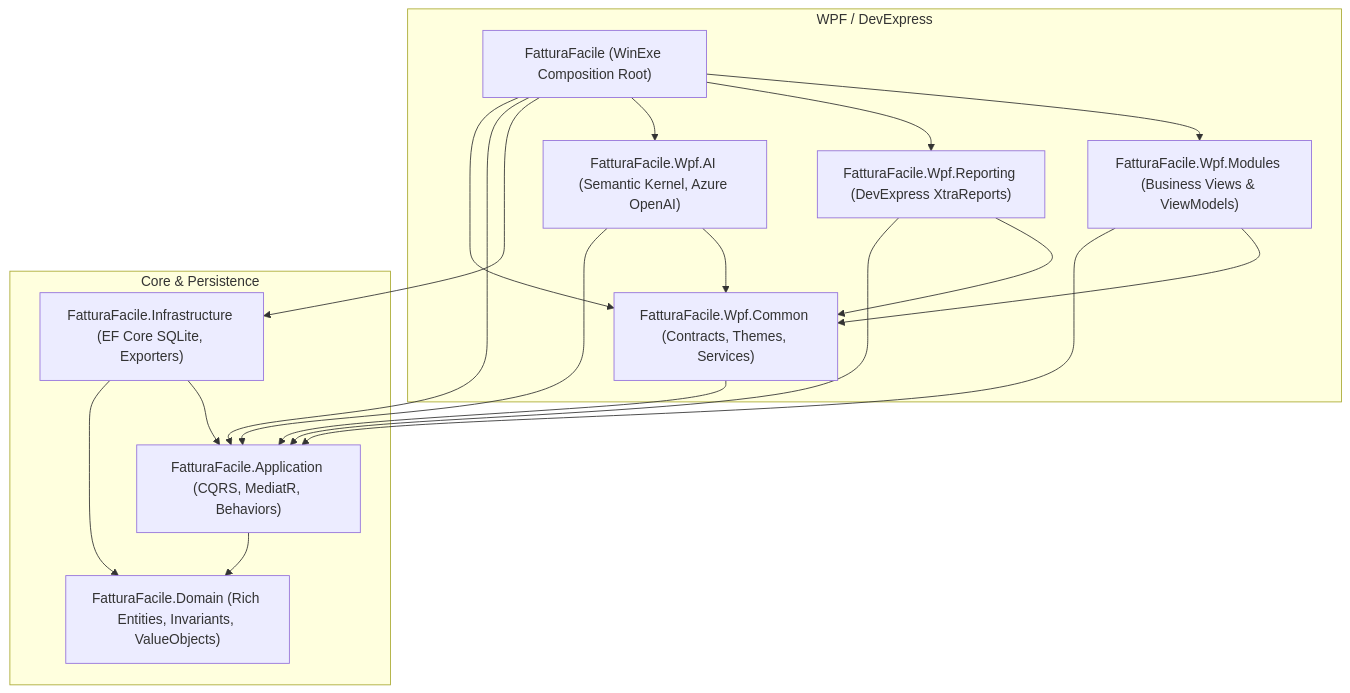
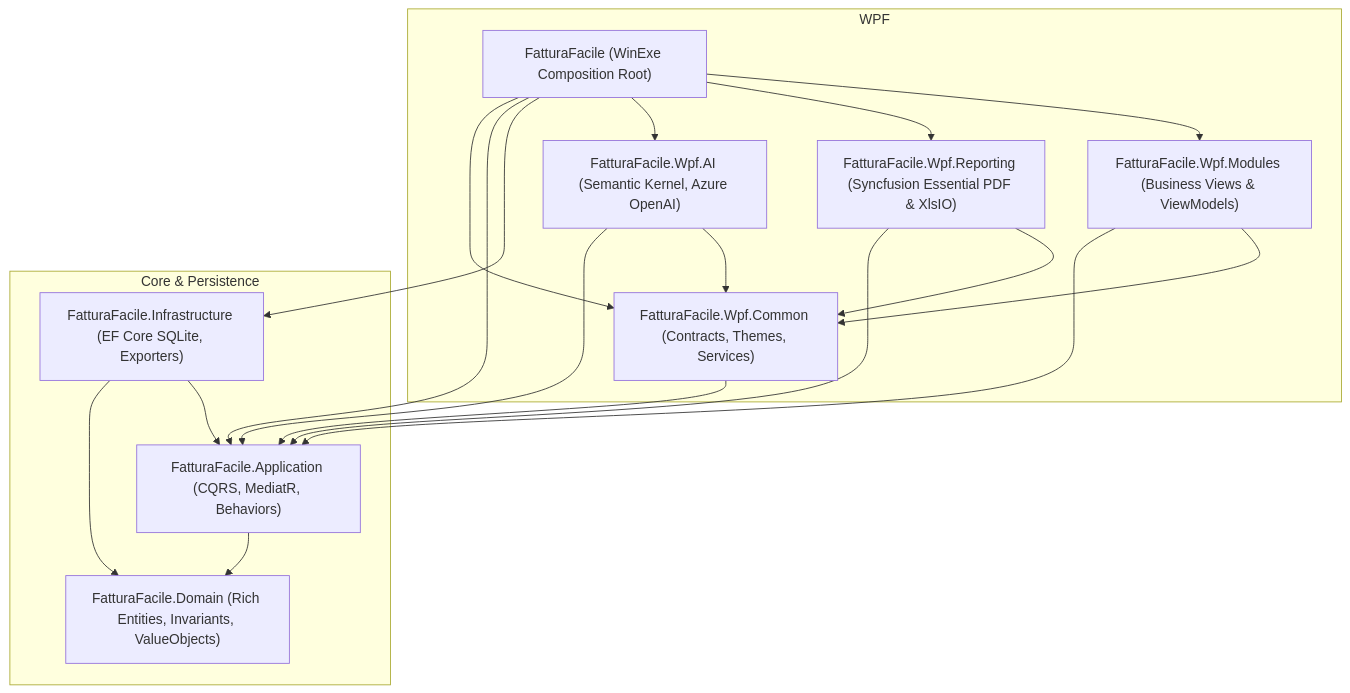
One commit to FatturaFacile/desktop changed the diagram in README.md. Above: the diagram before and after it, drawn with Mermaid. The commit also changed other lines of this file and 25 other files, not shown here.

````diff
--- a/README.md
+++ b/README.md
@@ -21,35 +17,35 @@
 ```mermaid
 graph TD
-    subgraph Presentation Layer [WPF / DevExpress]
+    subgraph Presentation Layer [WPF]
         SHELL["FatturaFacile (WinExe Composition Root)"]
         COMMON["FatturaFacile.Wpf.Common (Contracts, Themes, Services)"]
         MOD["FatturaFacile.Wpf.Modules (Business Views & ViewModels)"]
-        REP["FatturaFacile.Wpf.Reporting (DevExpress XtraReports)"]
+        REP["FatturaFacile.Wpf.Reporting (Syncfusion Essential PDF & XlsIO)"]
         AI["FatturaFacile.Wpf.AI (Semantic Kernel, Azure OpenAI)"]
     end
 
     subgraph Core & Persistence
         INFRA["FatturaFacile.Infrastructure (EF Core SQLite, Exporters)"]
         APP["FatturaFacile.Application (CQRS, MediatR, Behaviors)"]
         DOM["FatturaFacile.Domain (Rich Entities, Invariants, ValueObjects)"]
     end
 
     SHELL --> MOD
     SHELL --> REP
     SHELL --> AI
     SHELL --> INFRA
     SHELL --> APP
     SHELL --> COMMON
 
     MOD --> COMMON
     MOD --> APP
     REP --> COMMON
     REP --> APP
     AI --> COMMON
     AI --> APP
     COMMON --> APP
 
     INFRA --> APP
     INFRA --> DOM
     APP --> DOM
 ```
````
